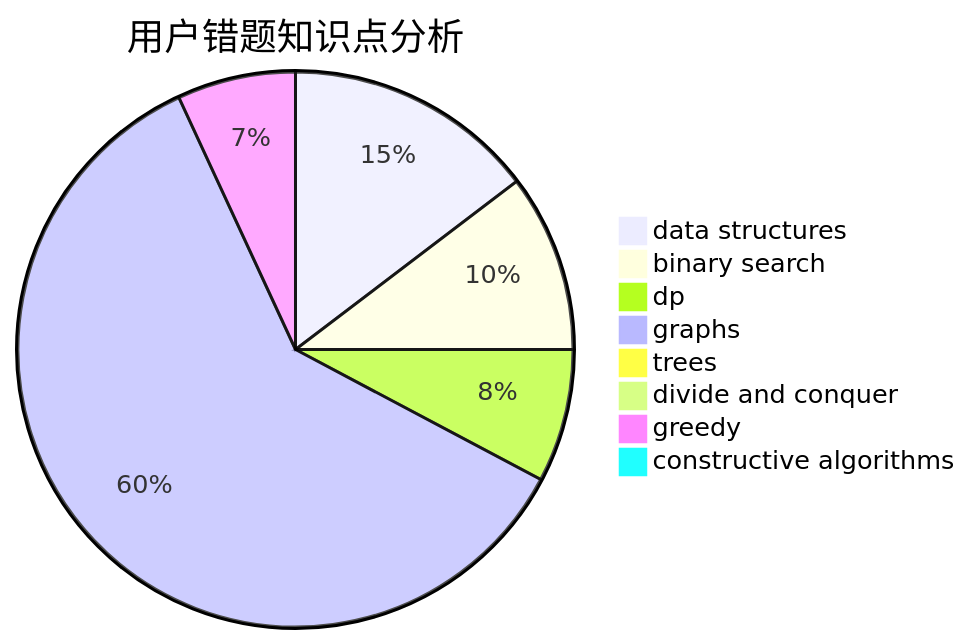
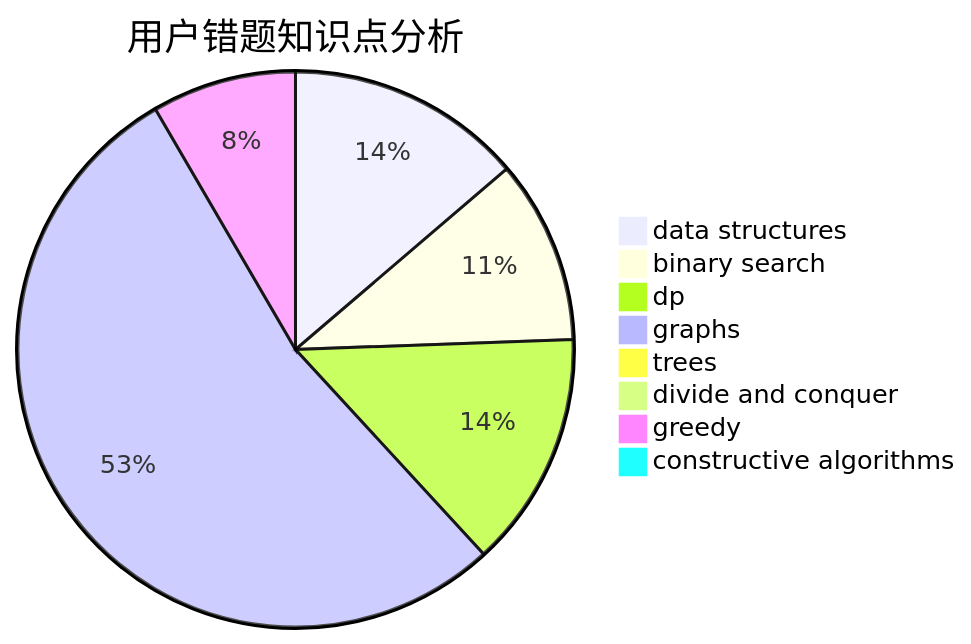
One commit to sherpahu/cfrs.github.io changed the third of 3 diagrams in docs/user/u485.md. Above: the diagram before and after it, drawn with Mermaid. The commit also changed other lines of this file and 2770 other files, not shown here.

````diff
--- a/docs/user/u485.md
+++ b/docs/user/u485.md
@@ -36,11 +36,11 @@
 ```mermaid
 pie title 用户错题知识点分析
-    "data structures" :  17
-    "binary search" :  12
-    "dp" :  9
+    "data structures" :  18
+    "binary search" :  14
+    "dp" :  18
     "graphs" :  70
     "trees" :  0
     "divide and conquer" :  0
-    "greedy" :  8
+    "greedy" :  11
     "constructive algorithms" :  1
 ```
````
